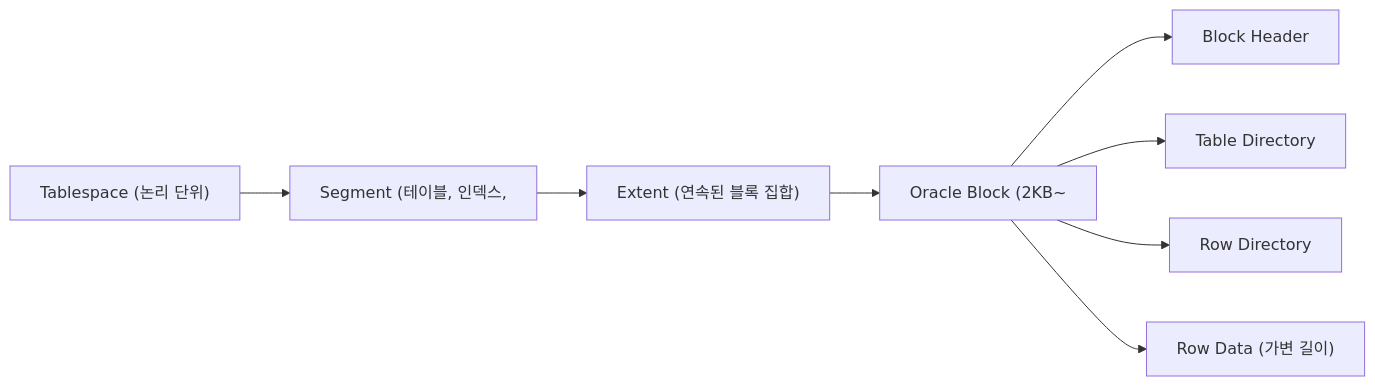
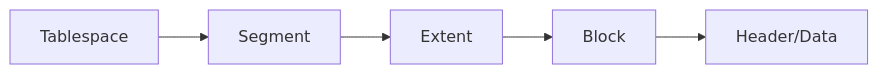
One commit to yjkim2015/yjkim2015.github.io changed the fourth of 15 diagrams in _posts/db/2026-05-01-db-comparison.md. Above: the diagram before and after it, drawn with Mermaid. The commit also changed other lines of this file and 163 other files, not shown here.

First line of the commit message:
Mermaid 300개 블록 내용 축소: 5노드 5엣지 이하, 의미 있는 약어

````diff
--- a/_posts/db/2026-05-01-db-comparison.md
+++ b/_posts/db/2026-05-01-db-comparison.md
@@ -95,10 +91,7 @@
 ```mermaid
 graph LR
-    A["Tablespace (논리 단위)"] --> B["Segment (테이블, 인덱스,"]
-    B --> C["Extent (연속된 블록 집합)"]
-    C --> D["Oracle Block (2KB~"]
-    D --> D1["Block Header"]
-    D --> D2["Table Directory"]
-    D --> D3["Row Directory"]
-    D --> D4["Row Data (가변 길이)"]
+    A["Tablespace"] --> B["Segment"]
+    B --> C["Extent"]
+    C --> D["Block"]
+    D --> D1["Header/Data"]
 ```
````
